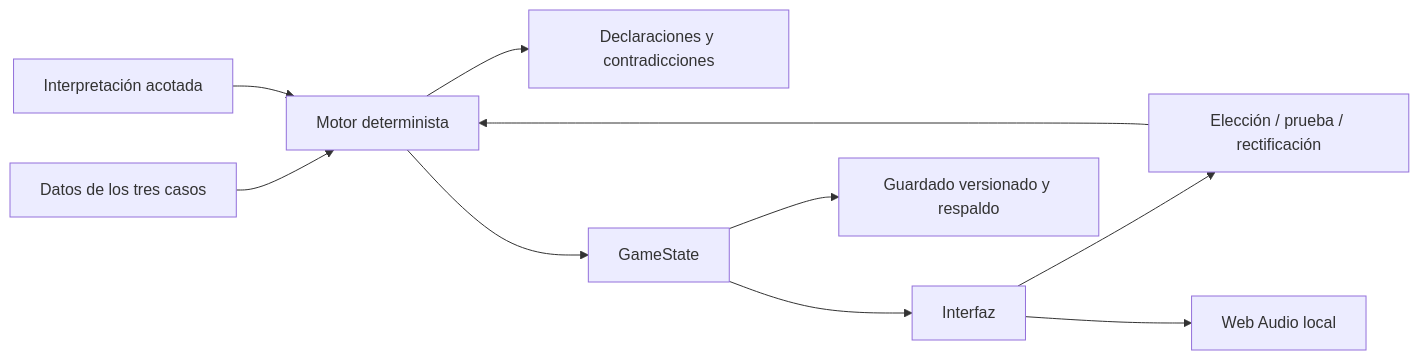
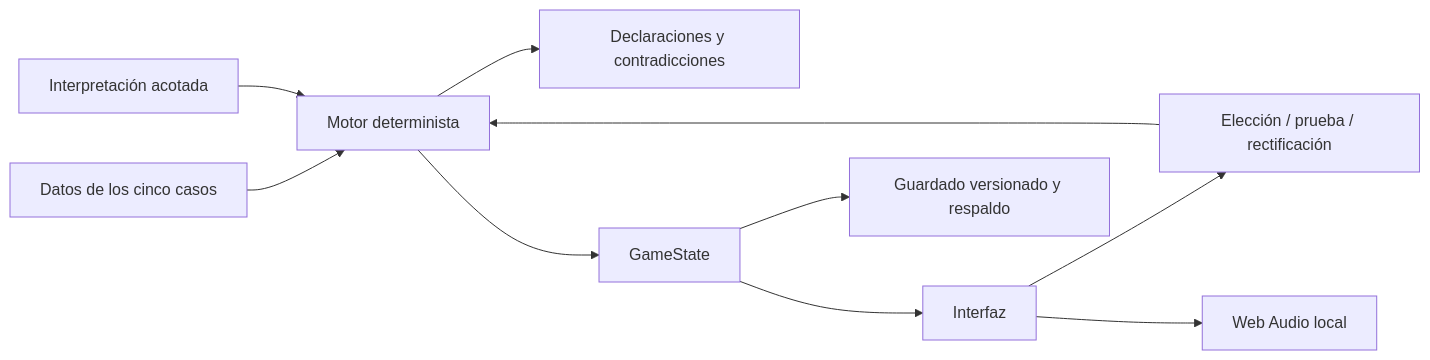
One commit to Luiszabala9701/estas-seguro-eljuego changed the diagram in docs/ARCHITECTURE.md. Above: the diagram before and after it, drawn with Mermaid. The commit also changed other lines of this file and 21 other files, not shown here.

Commit message:
Amplia el juego a cinco casos con banda sonora

````diff
--- a/docs/ARCHITECTURE.md
+++ b/docs/ARCHITECTURE.md
@@ -9,12 +9,12 @@
 ```mermaid
 flowchart LR
-  Cases[Datos de los tres casos] --> Engine[Motor determinista]
+  Cases[Datos de los cinco casos] --> Engine[Motor determinista]
   Input[Interpretación acotada] --> Engine
   Engine --> Memory[Declaraciones y contradicciones]
   Engine --> State[GameState]
   State --> UI[Interfaz]
   UI --> Actions[Elección / prueba / rectificación]
   Actions --> Engine
   State --> Save[Guardado versionado y respaldo]
   UI --> Audio[Web Audio local]
 ```
````
